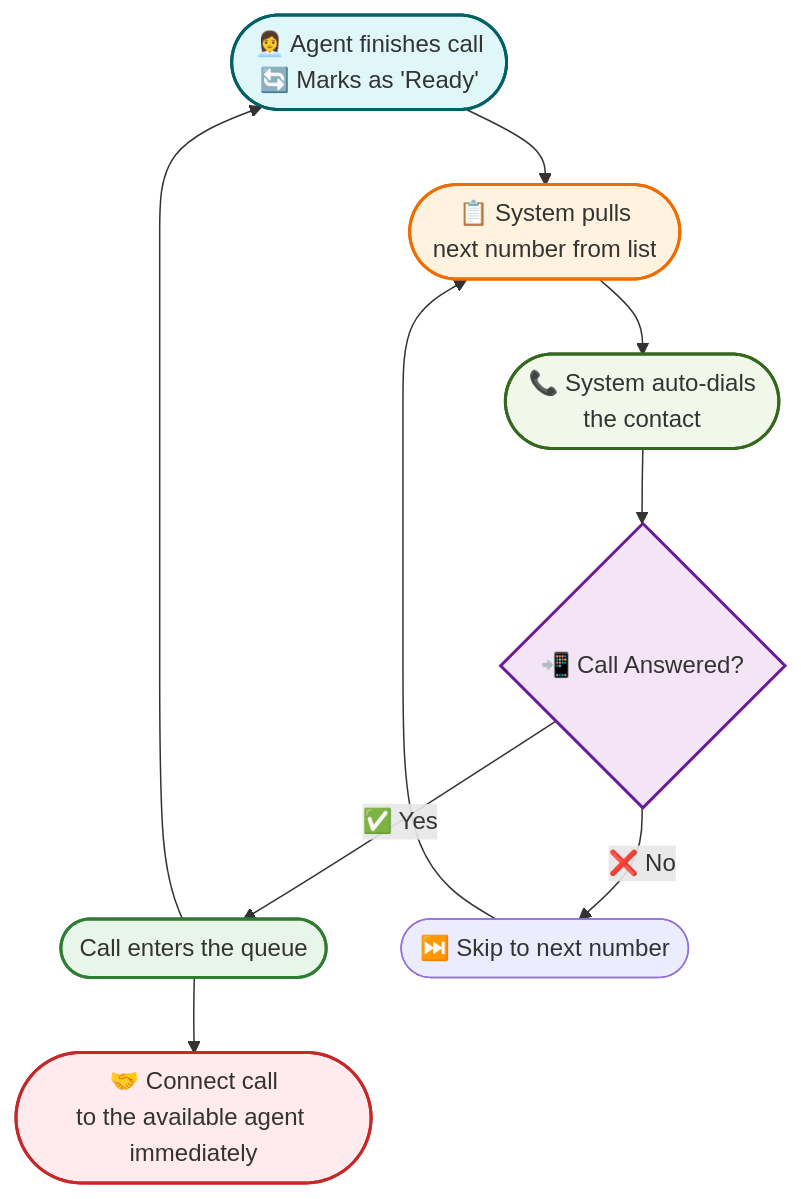
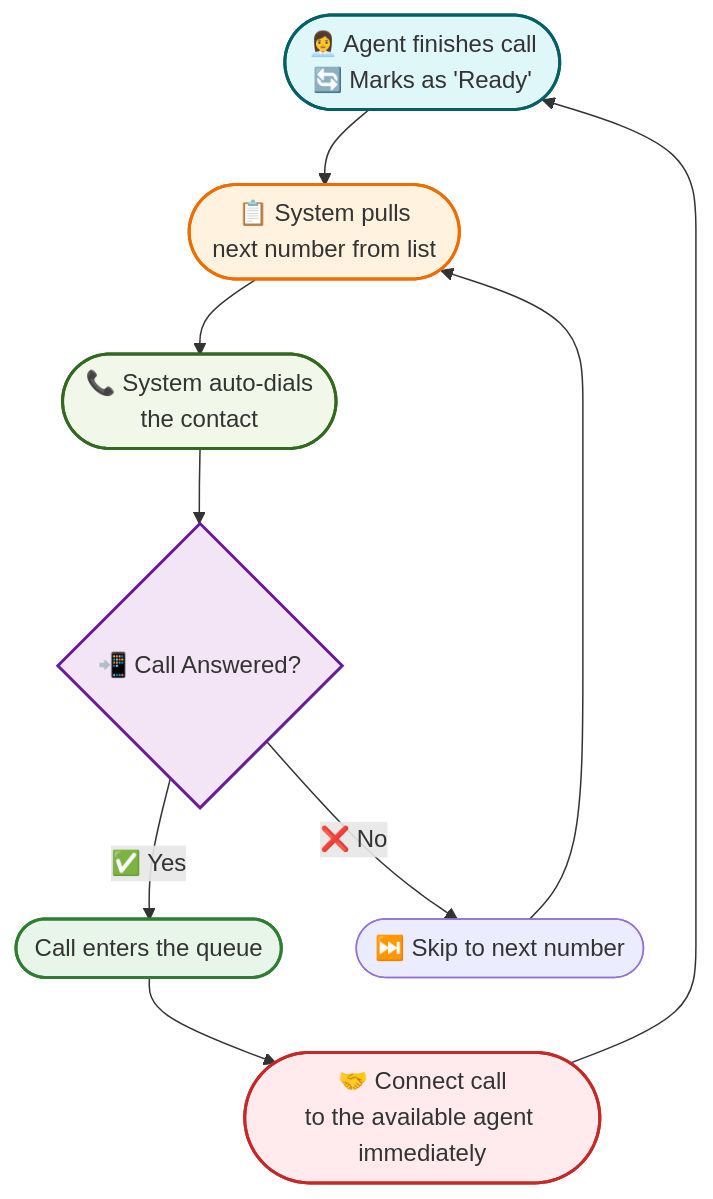
Before and after one commit to connexcs/docs: the second of 3 diagrams in docs/customer-portal/cp-contact-center.md, drawn with Mermaid. The commit also changed other lines of this file and 4 other files, not shown here.

````diff
--- a/docs/customer-portal/cp-contact-center.md
+++ b/docs/customer-portal/cp-contact-center.md
@@ -52,18 +52,18 @@
     ```mermaid
     flowchart TD
         style A fill:#E0F7FA,stroke:#006064,stroke-width:2,rx:10,ry:10
         style B fill:#FFF3E0,stroke:#EF6C00,stroke-width:2,rx:10,ry:10
         style C fill:#F1F8E9,stroke:#33691E,stroke-width:2,rx:10,ry:10
         style D fill:#F3E5F5,stroke:#6A1B9A,stroke-width:2,rx:10,ry:10
         style E fill:#E8F5E9,stroke:#2E7D32,stroke-width:2,rx:10,ry:10
         style F fill:#FFEBEE,stroke:#C62828,stroke-width:2,rx:10,ry:10
 
         A(["👩‍💼 Agent finishes call<br/>🔄 Marks as 'Ready'"]) --> B(["📋 System pulls<br/>next number from list"])
         B --> C(["📞 System auto-dials<br/>the contact"])
         C --> D{"📲 Call Answered?"}
         D -- "✅ Yes" --> E(["Call enters the queue"])
         E --> F(["🤝 Connect call<br/>to the available agent immediately"])
         D -- "❌ No" --> G(["⏭️ Skip to next number"])
         G --> B
-        E --> A
+        F --> A
     ```
````
